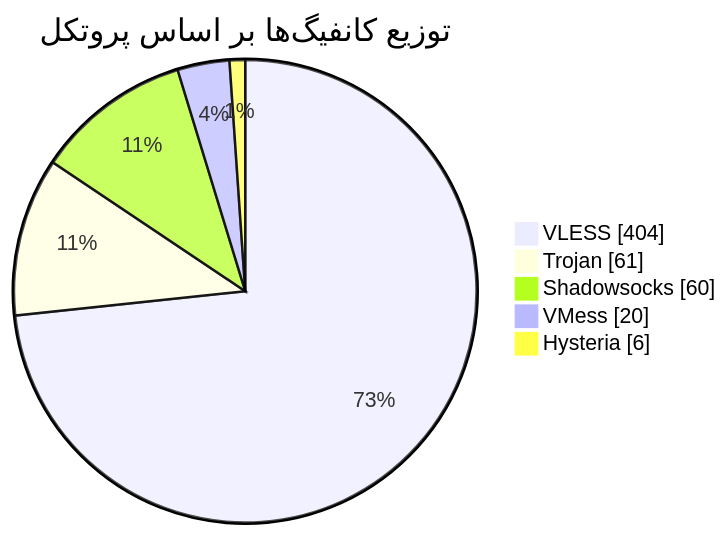
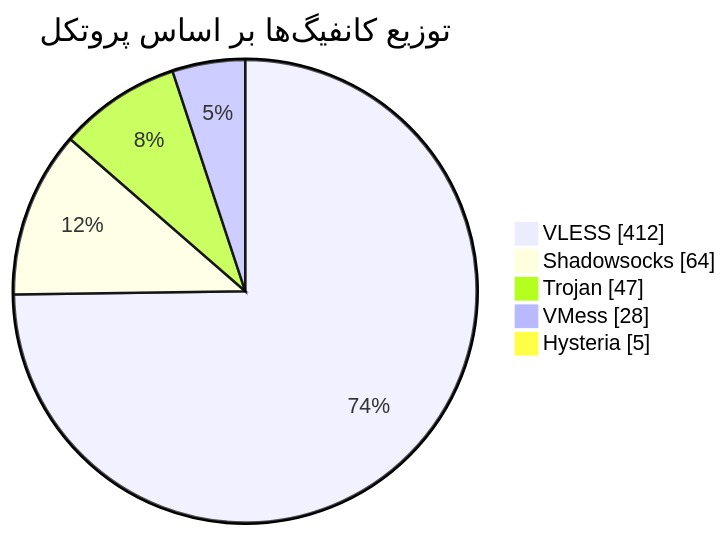
One commit to Arian-Alijani/Somthing changed the diagram in README.md. Above: the diagram before and after it, drawn with Mermaid. The commit also changed other lines of this file and 85 other files, not shown here.

````diff
--- a/README.md
+++ b/README.md
@@ -47,9 +47,9 @@
 ```mermaid
 pie showData
     title توزیع کانفیگ‌ها بر اساس پروتکل
-    "VLESS" : 404
-    "Trojan" : 61
-    "Shadowsocks" : 60
-    "VMess" : 20
-    "Hysteria" : 6
+    "VLESS" : 412
+    "Shadowsocks" : 64
+    "Trojan" : 47
+    "VMess" : 28
+    "Hysteria" : 5
 ```
````
